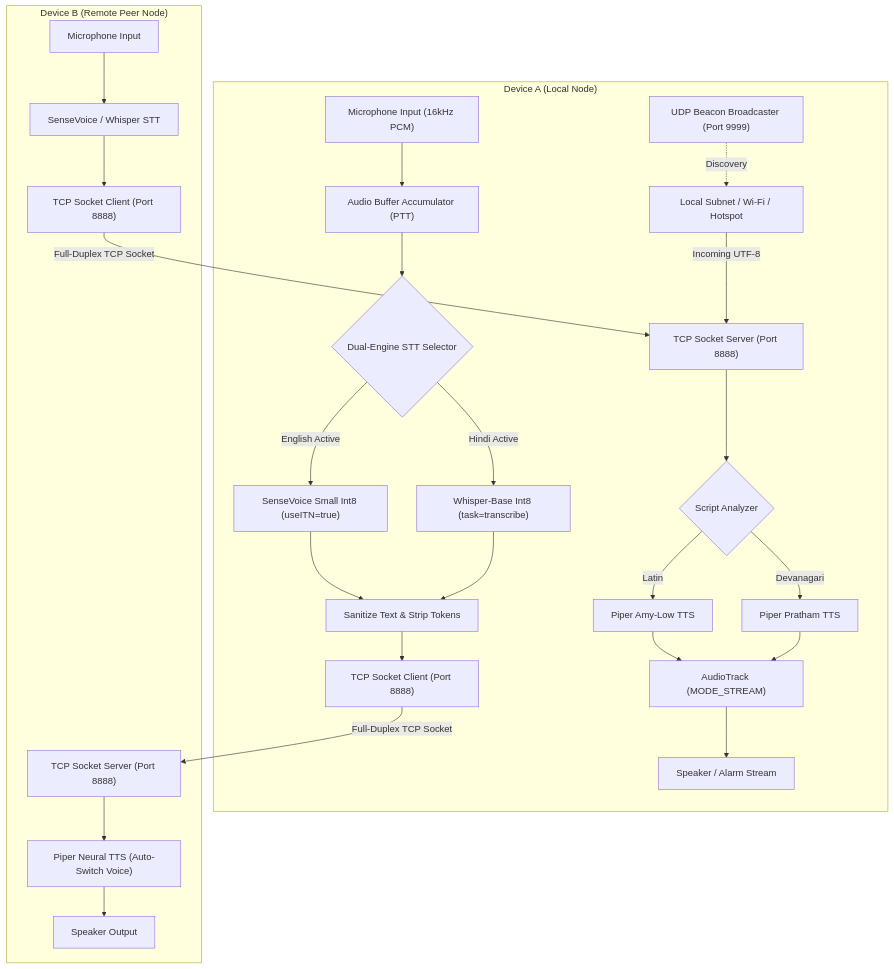
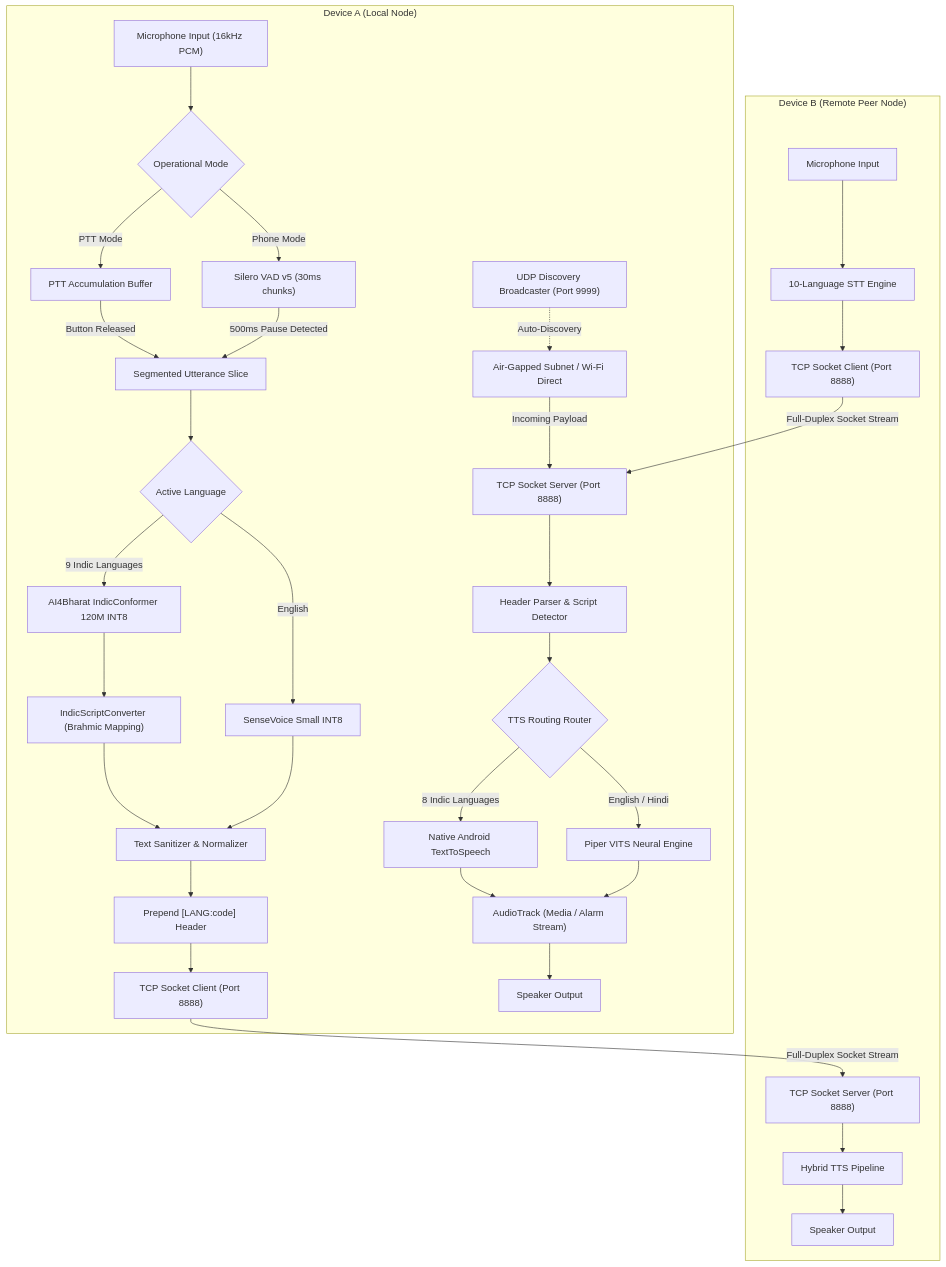
The diagram in README.md (NipunAdarsh/Itantra), drawn with Mermaid before and after one commit. The commit also changed other lines of this file and 16 other files, not shown here.

Commit message:
Nipun/10-language-indic-engine-overhaul-indicconformer-hybrid-tts-autovad-phone-mode

````diff
--- a/README.md
+++ b/README.md
@@ -57,35 +66,45 @@
 ```mermaid
 flowchart TD
     subgraph DeviceA ["Device A (Local Node)"]
-        MicA["Microphone Input (16kHz PCM)"] --> AudioAccA["Audio Buffer Accumulator (PTT)"]
-        AudioAccA --> STTA{"Dual-Engine STT Selector"}
+        MicA["Microphone Input (16kHz PCM)"] --> ModeCheck{"Operational Mode"}
         
-        STTA -->|English Active| SenseVoiceA["SenseVoice Small Int8 (useITN=true)"]
-        STTA -->|Hindi Active| WhisperA["Whisper-Base Int8 (task=transcribe)"]
+        ModeCheck -->|PTT Mode| PTTBuffer["PTT Accumulation Buffer"]
+        ModeCheck -->|Phone Mode| SileroVADA["Silero VAD v5 (30ms chunks)"]
         
-        SenseVoiceA --> CleanA["Sanitize Text & Strip Tokens"]
-        WhisperA --> CleanA
+        SileroVADA -->|500ms Pause Detected| UtteranceSliceA["Segmented Utterance Slice"]
+        PTTBuffer -->|Button Released| UtteranceSliceA
         
-        CleanA --> NetSendA["TCP Socket Client (Port 8888)"]
-        UDPSendA["UDP Beacon Broadcaster (Port 9999)"] -.->|Discovery| Subnet["Local Subnet / Wi-Fi / Hotspot"]
+        UtteranceSliceA --> STTSelector{"Active Language"}
+        STTSelector -->|English| SenseVoiceA["SenseVoice Small INT8"]
+        STTSelector -->|9 Indic Languages| IndicConformerA["AI4Bharat IndicConformer 120M INT8"]
         
-        Subnet -->|Incoming UTF-8| NetRecvA["TCP Socket Server (Port 8888)"]
-        NetRecvA --> ScriptDetA{"Script Analyzer"}
-        ScriptDetA -->|Latin| PiperEngA["Piper Amy-Low TTS"]
-        ScriptDetA -->|Devanagari| PiperHinA["Piper Pratham TTS"]
+        SenseVoiceA --> SanitizerA["Text Sanitizer & Normalizer"]
+        IndicConformerA --> ScriptConvA["IndicScriptConverter (Brahmic Mapping)"]
+        ScriptConvA --> SanitizerA
         
-        PiperEngA --> AudioTrackA["AudioTrack (MODE_STREAM)"]
-        PiperHinA --> AudioTrackA
-        AudioTrackA --> SpkA["Speaker / Alarm Stream"]
+        SanitizerA --> HeaderWrapA["Prepend [LANG:code] Header"]
+        HeaderWrapA --> TCPSendA["TCP Socket Client (Port 8888)"]
+        UDPBrdA["UDP Discovery Broadcaster (Port 9999)"] -.->|Auto-Discovery| Subnet["Air-Gapped Subnet / Wi-Fi Direct"]
+        
+        Subnet -->|Incoming Payload| TCPRecvA["TCP Socket Server (Port 8888)"]
+        TCPRecvA --> HeaderParseA["Header Parser & Script Detector"]
+        HeaderParseA --> TTSSelectA{"TTS Routing Router"}
+        
+        TTSSelectA -->|English / Hindi| PiperA["Piper VITS Neural Engine"]
+        TTSSelectA -->|8 Indic Languages| NativeTTSA["Native Android TextToSpeech"]
+        
+        PiperA --> AudioOutA["AudioTrack (Media / Alarm Stream)"]
+        NativeTTSA --> AudioOutA
+        AudioOutA --> SpkA["Speaker Output"]
     end
 
     subgraph DeviceB ["Device B (Remote Peer Node)"]
-        NetSendA -->|Full-Duplex TCP Socket| NetRecvB["TCP Socket Server (Port 8888)"]
-        NetRecvB --> TTSB["Piper Neural TTS (Auto-Switch Voice)"]
+        TCPSendA -->|Full-Duplex Socket Stream| TCPRecvB["TCP Socket Server (Port 8888)"]
+        TCPRecvB --> TTSB["Hybrid TTS Pipeline"]
         TTSB --> SpkB["Speaker Output"]
         
-        MicB["Microphone Input"] --> STTB["SenseVoice / Whisper STT"]
-        STTB --> NetSendB["TCP Socket Client (Port 8888)"]
-        NetSendB -->|Full-Duplex TCP Socket| NetRecvA
+        MicB["Microphone Input"] --> STTB["10-Language STT Engine"]
+        STTB --> TCPSendB["TCP Socket Client (Port 8888)"]
+        TCPSendB -->|Full-Duplex Socket Stream| TCPRecvA
     end
 ```
````
